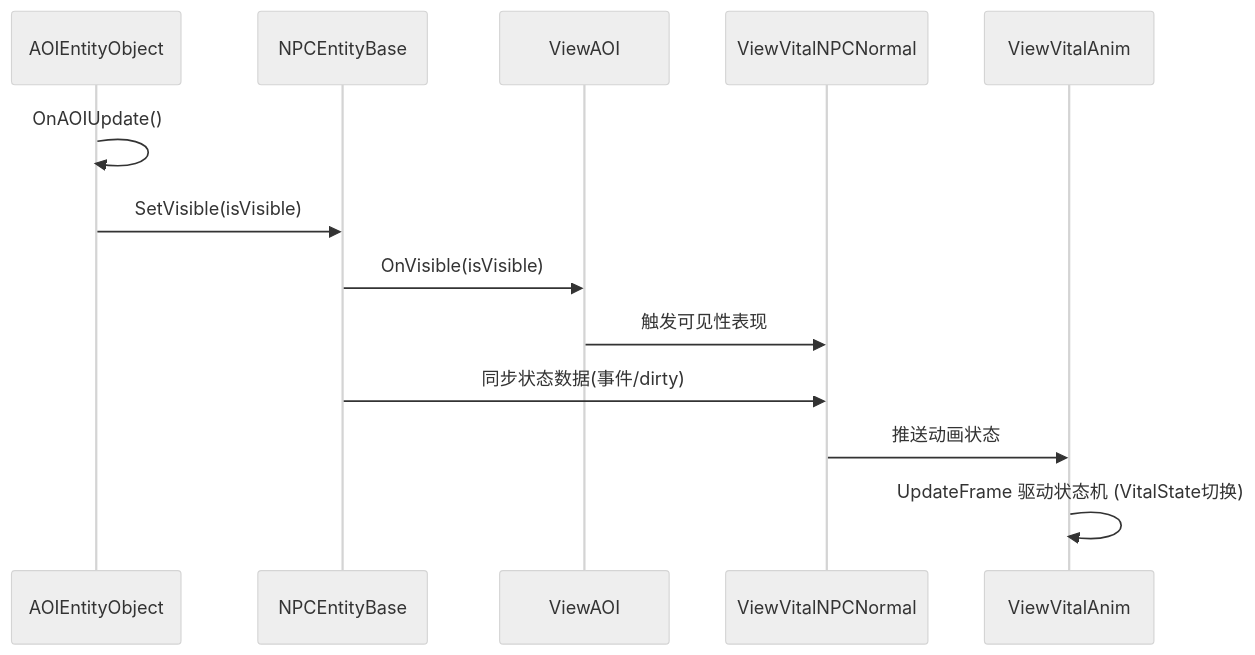
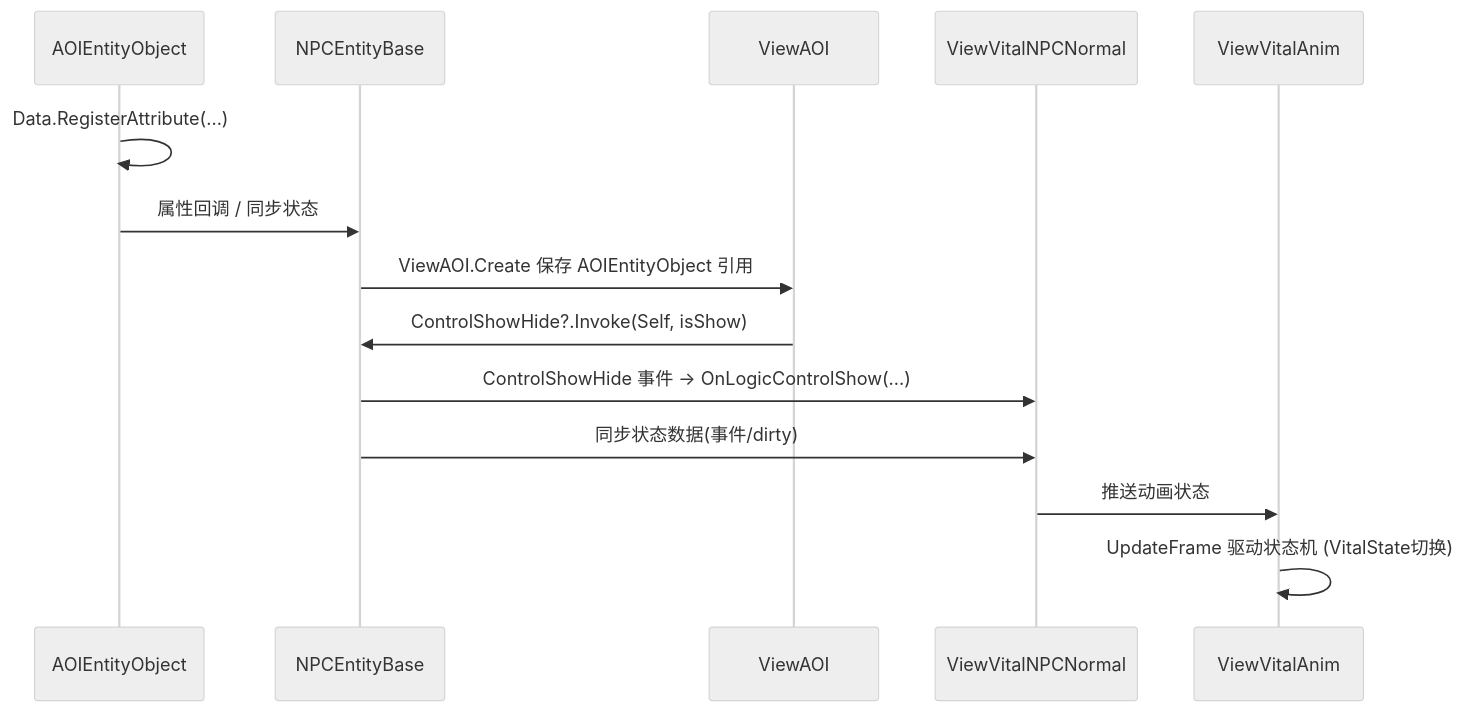
Before and after one commit to BoyLei/Stars: the second of 2 diagrams in diagrams/battle/L1_ENTITY_RUNTIME_LAYER.md, drawn with Mermaid (neutral theme). The commit also changed other lines of this file and 135 other files, not shown here.

Commit message:
Refactor Stars client module and startup flow

````diff
--- a/diagrams/battle/L1_ENTITY_RUNTIME_LAYER.md
+++ b/diagrams/battle/L1_ENTITY_RUNTIME_LAYER.md
@@ -57,15 +67,16 @@
 ```mermaid
 sequenceDiagram
     participant AOI as AOIEntityObject
     participant Entity as NPCEntityBase
     participant ViewAOI as ViewAOI
     participant NPC as ViewVitalNPCNormal
     participant Anim as ViewVitalAnim
-    AOI->>AOI: OnAOIUpdate()
-    AOI->>Entity: SetVisible(isVisible)
-    Entity->>ViewAOI: OnVisible(isVisible)
-    ViewAOI->>NPC: 触发可见性表现
+    AOI->>AOI: Data.RegisterAttribute(...)
+    AOI->>Entity: 属性回调 / 同步状态
+    Entity->>ViewAOI: ViewAOI.Create 保存 AOIEntityObject 引用
+    ViewAOI->>Entity: ControlShowHide?.Invoke(Self, isShow)
+    Entity->>NPC: ControlShowHide 事件 -> OnLogicControlShow(...)
     Entity->>NPC: 同步状态数据(事件/dirty)
     NPC->>Anim: 推送动画状态
     Anim->>Anim: UpdateFrame 驱动状态机 (VitalState切换)
 ```
````
